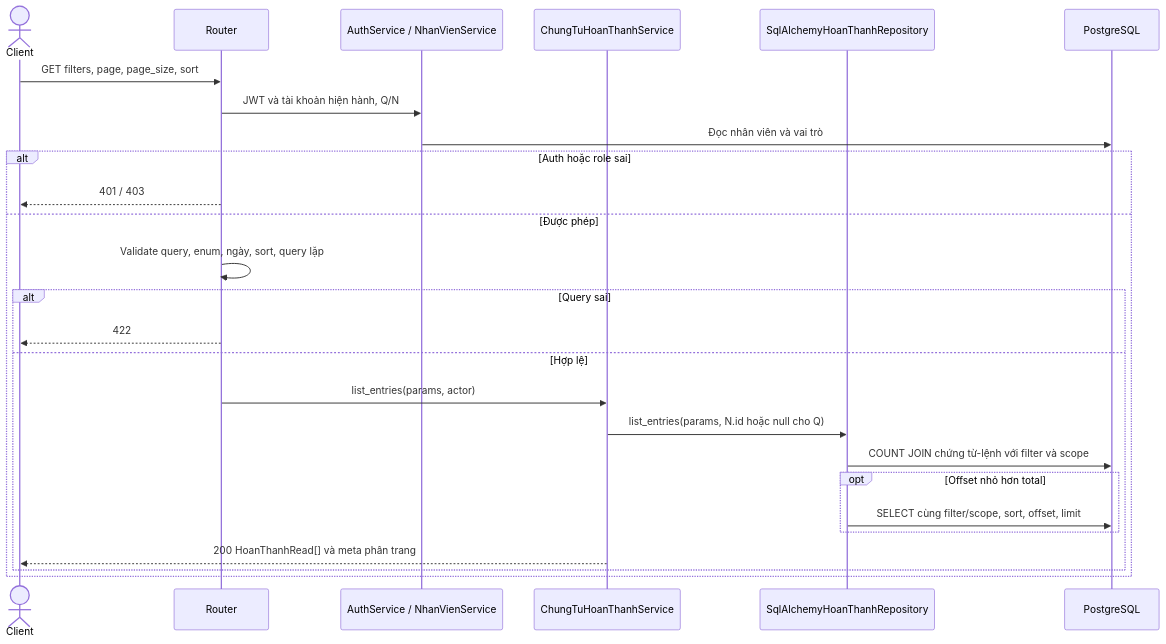
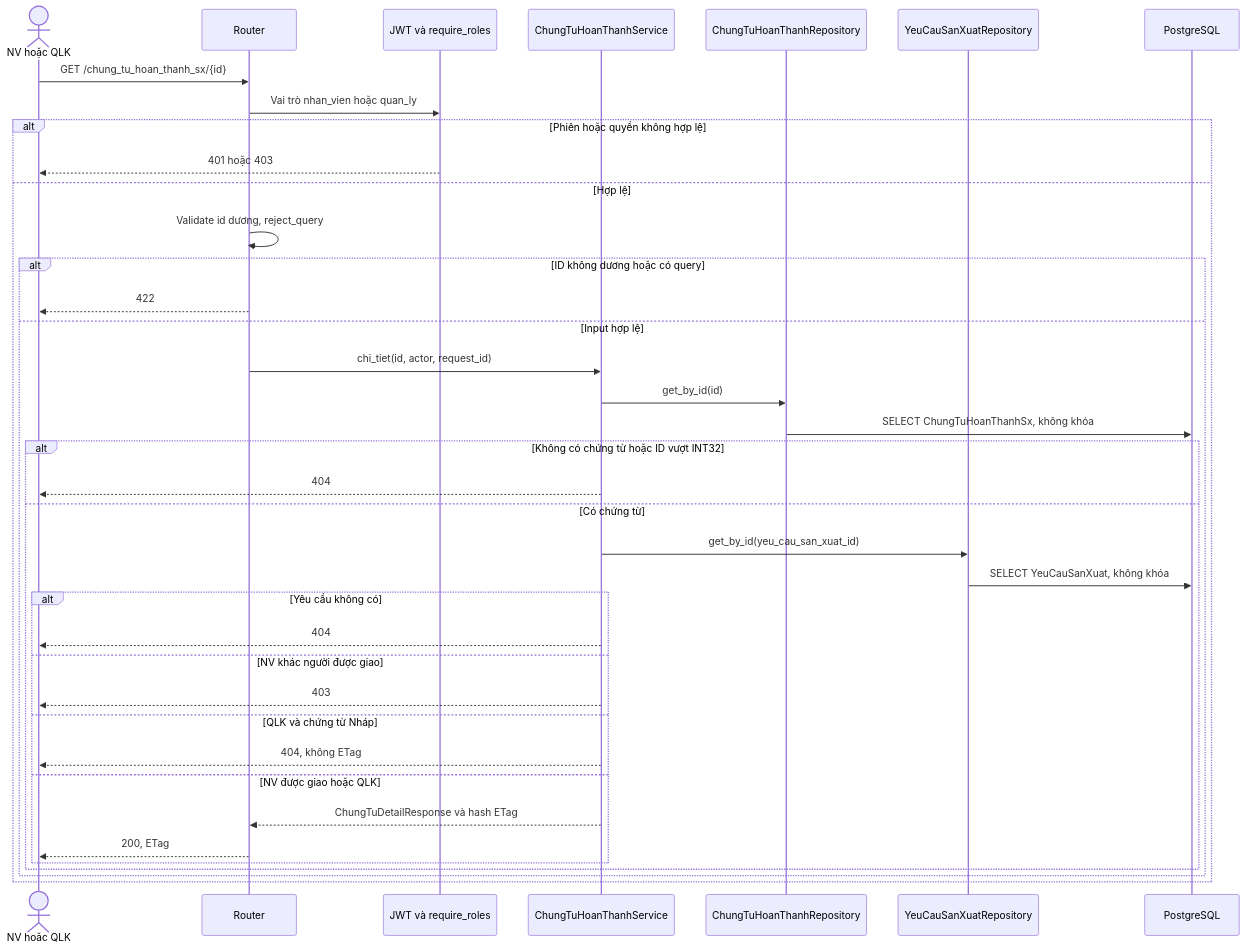
One commit to thanhklt/xbike-mrp-system changed diagram 15 of 19 in docs/sequence/san_xuat.md. Above: the diagram before and after it, drawn with Mermaid. The commit also changed other lines of this file and 230 other files, not shown here.

````diff
--- a/docs/sequence/san_xuat.md
+++ b/docs/sequence/san_xuat.md
@@ -843,28 +931,40 @@
 ```mermaid
 sequenceDiagram
-    actor C as Client
-    participant R as Router
-    participant A as AuthService / NhanVienService
+    actor U as NV hoặc QLK
+    participant API as Router
+    participant Auth as JWT và require_roles
     participant S as ChungTuHoanThanhService
-    participant P as SqlAlchemyHoanThanhRepository
-    participant D as PostgreSQL
-    C->>R: GET filters, page, page_size, sort
-    R->>A: JWT và tài khoản hiện hành, Q/N
-    A->>D: Đọc nhân viên và vai trò
-    alt Auth hoặc role sai
-        R-->>C: 401 / 403
-    else Được phép
-        R->>R: Validate query, enum, ngày, sort, query lặp
-        alt Query sai
-            R-->>C: 422
-        else Hợp lệ
-            R->>S: list_entries(params, actor)
-            S->>P: list_entries(params, N.id hoặc null cho Q)
-            P->>D: COUNT JOIN chứng từ-lệnh với filter và scope
-            opt Offset nhỏ hơn total
-                P->>D: SELECT cùng filter/scope, sort, offset, limit
+    participant C as ChungTuHoanThanhRepository
+    participant R as YeuCauSanXuatRepository
+    participant DB as PostgreSQL
+    U->>API: GET /chung_tu_hoan_thanh_sx/{id}
+    API->>Auth: Vai trò nhan_vien hoặc quan_ly
+    alt Phiên hoặc quyền không hợp lệ
+        Auth-->>U: 401 hoặc 403
+    else Hợp lệ
+        API->>API: Validate id dương, reject_query
+        alt ID không dương hoặc có query
+            API-->>U: 422
+        else Input hợp lệ
+            API->>S: chi_tiet(id, actor, request_id)
+            S->>C: get_by_id(id)
+            C->>DB: SELECT ChungTuHoanThanhSx, không khóa
+            alt Không có chứng từ hoặc ID vượt INT32
+                S-->>U: 404
+            else Có chứng từ
+                S->>R: get_by_id(yeu_cau_san_xuat_id)
+                R->>DB: SELECT YeuCauSanXuat, không khóa
+                alt Yêu cầu không có
+                    S-->>U: 404
+                else NV khác người được giao
+                    S-->>U: 403
+                else QLK và chứng từ Nháp
+                    S-->>U: 404, không ETag
+                else NV được giao hoặc QLK
+                    S-->>API: ChungTuDetailResponse và hash ETag
+                    API-->>U: 200, ETag
+                end
             end
-            S-->>C: 200 HoanThanhRead[] và meta phân trang
         end
     end
 ```
````
